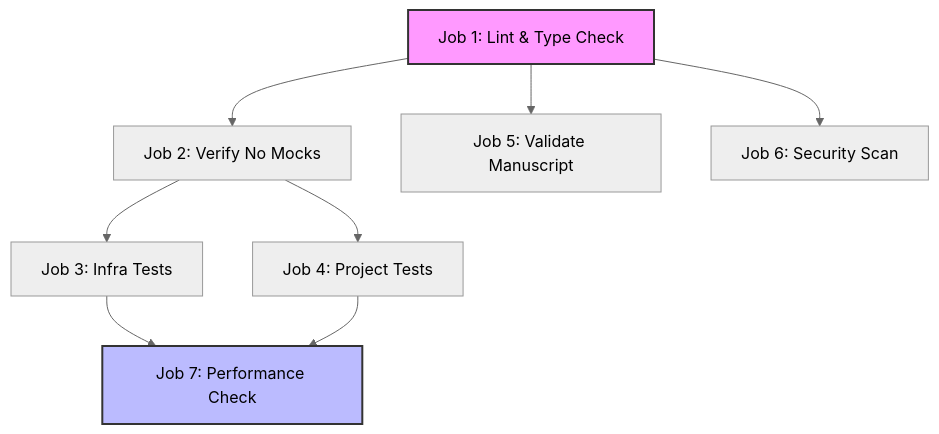
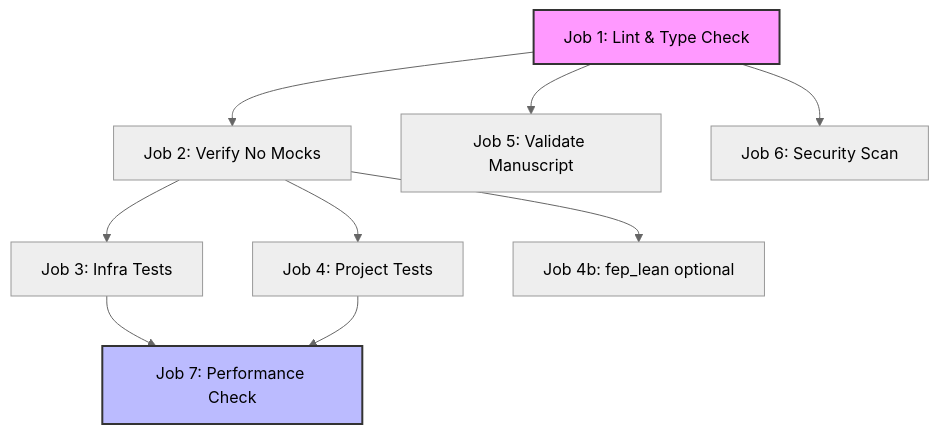
One commit to docxology/template changed the sixth of 6 diagrams in .github/README.md. Above: the diagram before and after it, drawn with Mermaid (neutral theme). The commit also changed other lines of this file and 252 other files, not shown here.

````diff
--- a/.github/README.md
+++ b/.github/README.md
@@ -642,13 +641,14 @@
 ```mermaid
 graph TD
     L[Job 1: Lint & Type Check] --> VNM[Job 2: Verify No Mocks]
     VNM --> TI[Job 3: Infra Tests]
     VNM --> TP[Job 4: Project Tests]
+    VNM --> FL[Job 4b: fep_lean optional]
     L --> VM[Job 5: Validate Manuscript]
     L --> SS[Job 6: Security Scan]
     TI --> PC[Job 7: Performance Check]
     TP --> PC
 
     style L fill:#f9f,stroke:#333,stroke-width:2px
     style PC fill:#bbf,stroke:#333,stroke-width:2px
 ```
````
